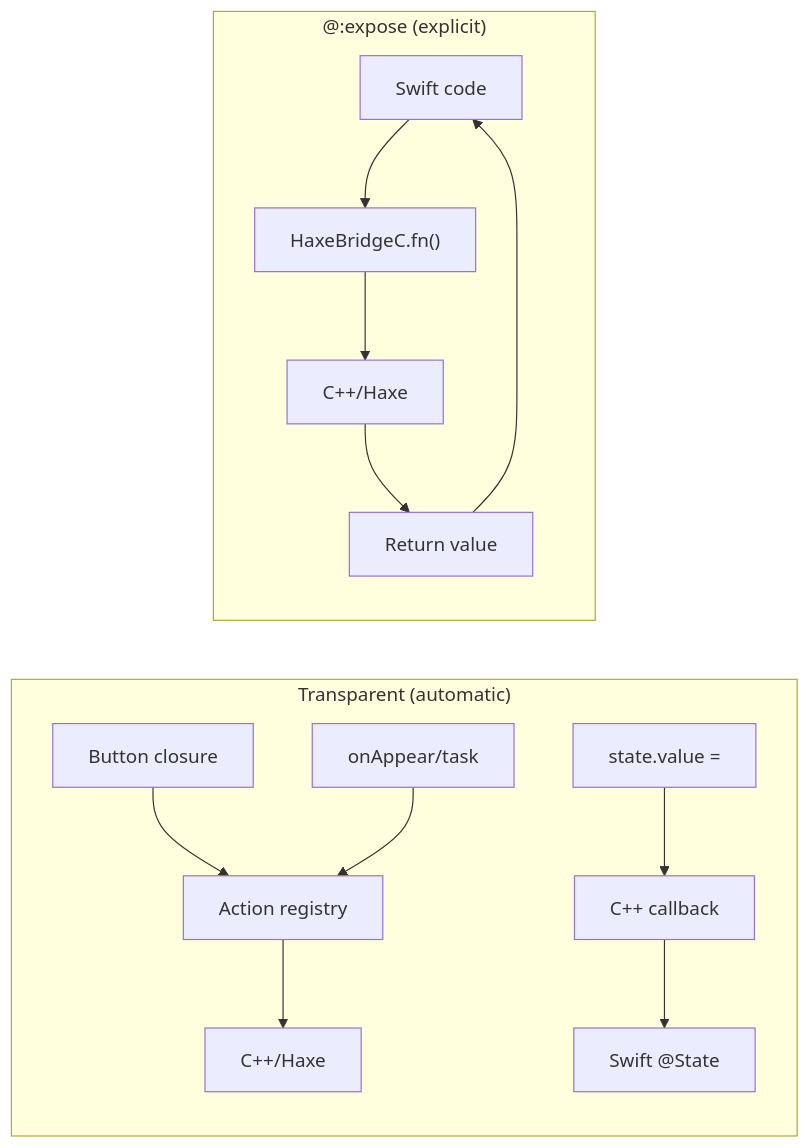
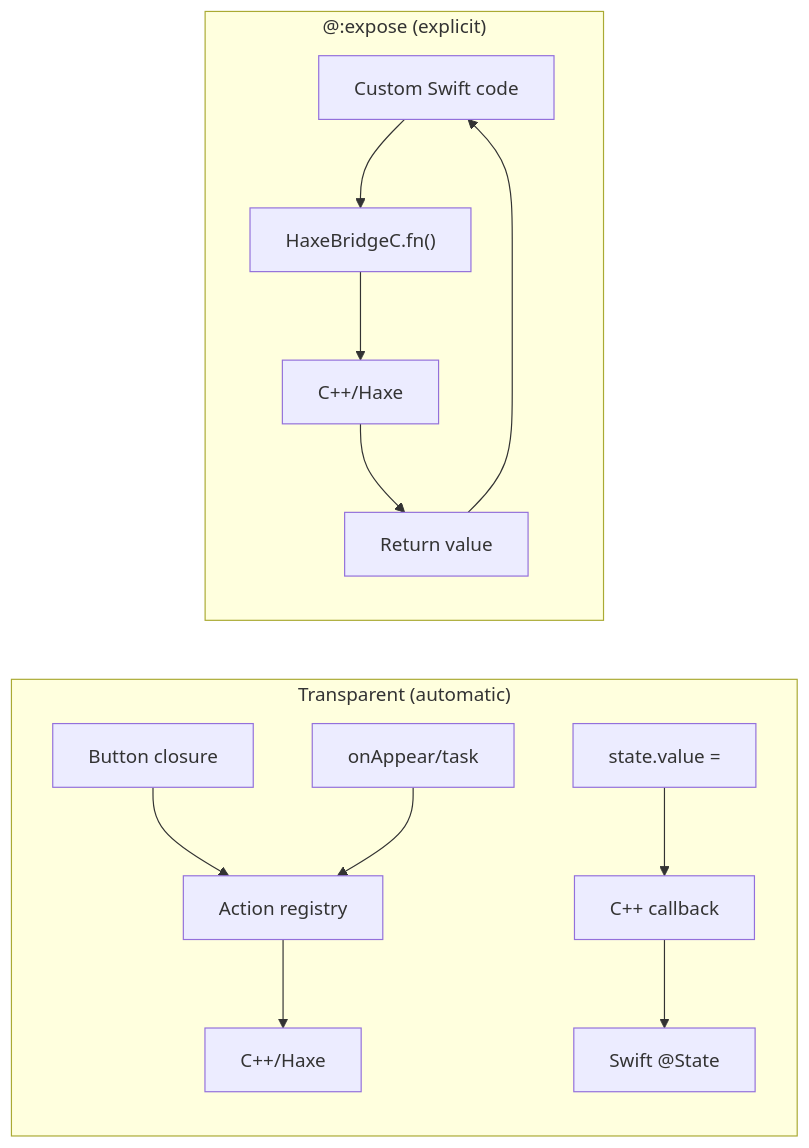
One commit to lapavoiserie/sui changed the third of 3 diagrams in docs/bridge.md. Above: the diagram before and after it, drawn with Mermaid. The commit also changed other lines of this file and 18 other files, not shown here.

````diff
--- a/docs/bridge.md
+++ b/docs/bridge.md
@@ -137,13 +163,13 @@
 ```mermaid
 flowchart LR
     subgraph Transparent["Transparent (automatic)"]
         B1["Button closure"] --> AR["Action registry"] --> CPP1["C++/Haxe"]
         S1["state.value ="] --> CB["C++ callback"] --> SW1["Swift @State"]
         L1["onAppear/task"] --> AR
     end
 
     subgraph Explicit["@:expose (explicit)"]
-        SW2["Swift code"] --> HBC["HaxeBridgeC.fn()"] --> CPP2["C++/Haxe"]
+        SW2["Custom Swift code"] --> HBC["HaxeBridgeC.fn()"] --> CPP2["C++/Haxe"]
         CPP2 --> RET["Return value"] --> SW2
     end
 ```
````
